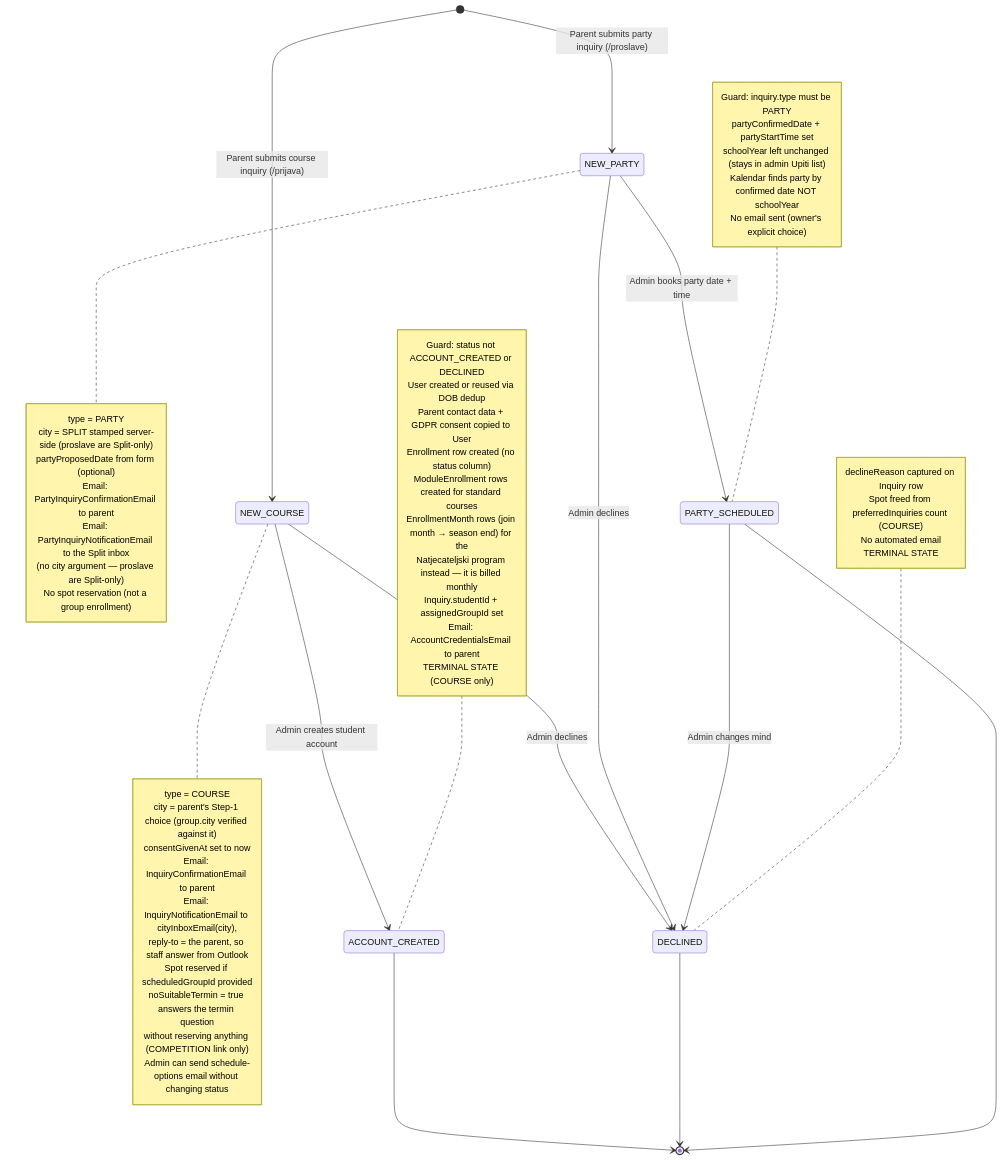
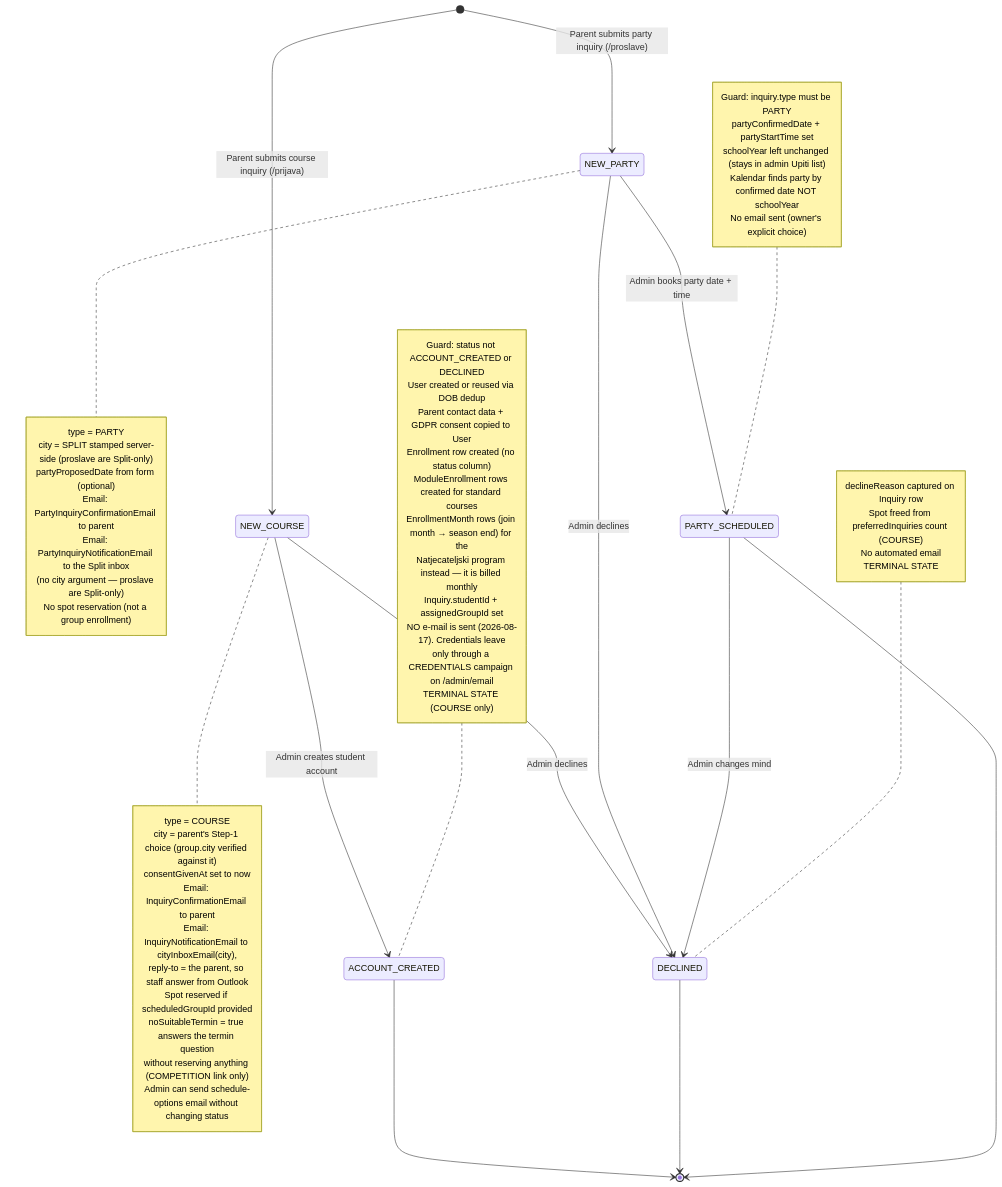
Before and after one commit to jpucic00/inovatic: the first of 16 diagrams in docs/diagrams/enrollment-rules.md, drawn with Mermaid. The commit also changed other lines of this file and 73 other files, not shown here.

````diff
--- a/docs/diagrams/enrollment-rules.md
+++ b/docs/diagrams/enrollment-rules.md
@@ -13,68 +13,69 @@
 ```mermaid
 stateDiagram-v2
     [*] --> NEW_COURSE: Parent submits course inquiry (/prijava)
     [*] --> NEW_PARTY: Parent submits party inquiry (/proslave)
 
     NEW_COURSE --> ACCOUNT_CREATED: Admin creates student account
     NEW_COURSE --> DECLINED: Admin declines
 
     NEW_PARTY --> PARTY_SCHEDULED: Admin books party date + time
     NEW_PARTY --> DECLINED: Admin declines
 
     PARTY_SCHEDULED --> DECLINED: Admin changes mind
 
     ACCOUNT_CREATED --> [*]
     DECLINED --> [*]
     PARTY_SCHEDULED --> [*]
 
     note right of NEW_COURSE
         type = COURSE
         city = parent's Step-1 choice (group.city verified against it)
         consentGivenAt set to now
         Email: InquiryConfirmationEmail to parent
         Email: InquiryNotificationEmail to cityInboxEmail(city),
         reply-to = the parent, so staff answer from Outlook
         Spot reserved if scheduledGroupId provided
         noSuitableTermin = true answers the termin question
         without reserving anything (COMPETITION link only)
         Admin can send schedule-options email without changing status
     end note
 
     note right of NEW_PARTY
         type = PARTY
         city = SPLIT stamped server-side (proslave are Split-only)
         partyProposedDate from form (optional)
         Email: PartyInquiryConfirmationEmail to parent
         Email: PartyInquiryNotificationEmail to the Split inbox
         (no city argument — proslave are Split-only)
         No spot reservation (not a group enrollment)
     end note
 
     note left of ACCOUNT_CREATED
         Guard: status not ACCOUNT_CREATED or DECLINED
         User created or reused via DOB dedup
         Parent contact data + GDPR consent copied to User
         Enrollment row created (no status column)
         ModuleEnrollment rows created for standard courses
         EnrollmentMonth rows (join month → season end) for the
         Natjecateljski program instead — it is billed monthly
         Inquiry.studentId + assignedGroupId set
-        Email: AccountCredentialsEmail to parent
+        NO e-mail is sent (2026-08-17). Credentials leave
+        only through a CREDENTIALS campaign on /admin/email
         TERMINAL STATE (COURSE only)
     end note
 
     note left of PARTY_SCHEDULED
         Guard: inquiry.type must be PARTY
         partyConfirmedDate + partyStartTime set
         schoolYear left unchanged (stays in admin Upiti list)
         Kalendar finds party by confirmed date NOT schoolYear
         No email sent (owner's explicit choice)
     end note
 
     note left of DECLINED
         declineReason captured on Inquiry row
         Spot freed from preferredInquiries count (COURSE)
         No automated email
         TERMINAL STATE
     end note
 ```
````
